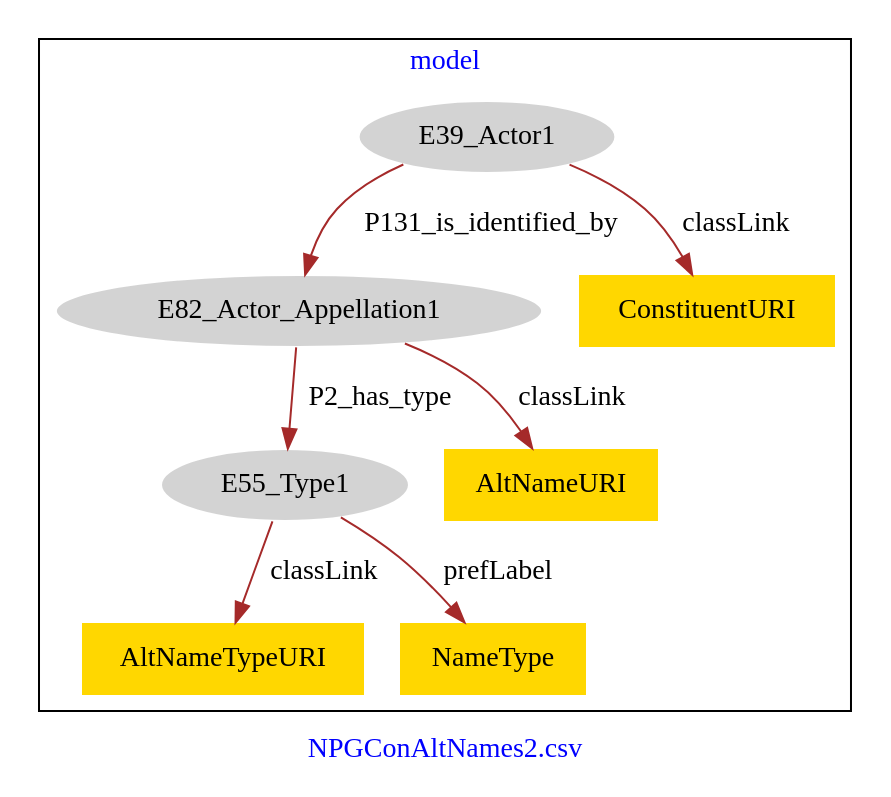
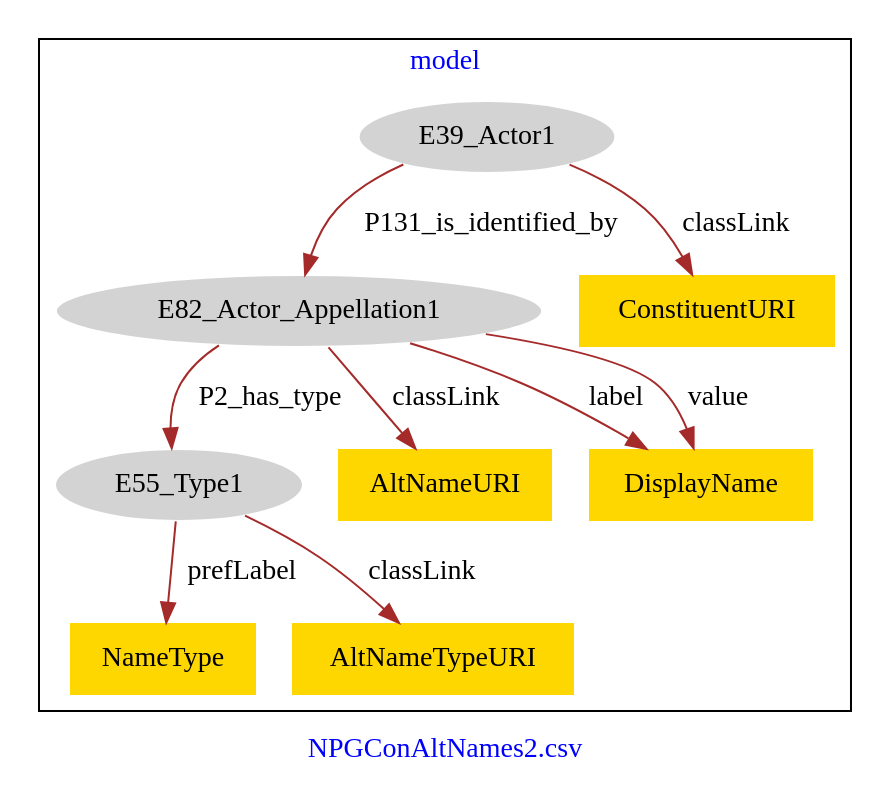
Before and after one commit to american-art/npg: the diagram in NPGConAltNames/NPGConAltNames2-model.dot, drawn with Graphviz.

Commit message:
Update file NPGConAltNames2-model.dot

```diff
--- a/NPGConAltNames/NPGConAltNames2-model.dot
+++ b/NPGConAltNames/NPGConAltNames2-model.dot
@@ -1,21 +1,24 @@
 digraph n0 {
 fontcolor="blue"
 remincross="true"
 label="NPGConAltNames2.csv"
 subgraph cluster {
 label="model"
 n2[style="filled",color="white",fillcolor="lightgray",label="E39_Actor1"];
 n3[style="filled",color="white",fillcolor="lightgray",label="E82_Actor_Appellation1"];
 n4[style="filled",color="white",fillcolor="lightgray",label="E55_Type1"];
 n5[shape="plaintext",style="filled",fillcolor="gold",label="AltNameURI"];
-n6[shape="plaintext",style="filled",fillcolor="gold",label="AltNameTypeURI"];
-n7[shape="plaintext",style="filled",fillcolor="gold",label="NameType"];
+n6[shape="plaintext",style="filled",fillcolor="gold",label="NameType"];
+n7[shape="plaintext",style="filled",fillcolor="gold",label="DisplayName"];
 n8[shape="plaintext",style="filled",fillcolor="gold",label="ConstituentURI"];
+n9[shape="plaintext",style="filled",fillcolor="gold",label="AltNameTypeURI"];
 }
 n2 -> n3[color="brown",fontcolor="black",label="P131_is_identified_by"]
 n3 -> n4[color="brown",fontcolor="black",label="P2_has_type"]
 n3 -> n5[color="brown",fontcolor="black",label="classLink"]
-n4 -> n6[color="brown",fontcolor="black",label="classLink"]
-n4 -> n7[color="brown",fontcolor="black",label="prefLabel"]
+n4 -> n6[color="brown",fontcolor="black",label="prefLabel"]
+n3 -> n7[color="brown",fontcolor="black",label="label"]
 n2 -> n8[color="brown",fontcolor="black",label="classLink"]
+n4 -> n9[color="brown",fontcolor="black",label="classLink"]
+n3 -> n7[color="brown",fontcolor="black",label="value"]
 }
```
